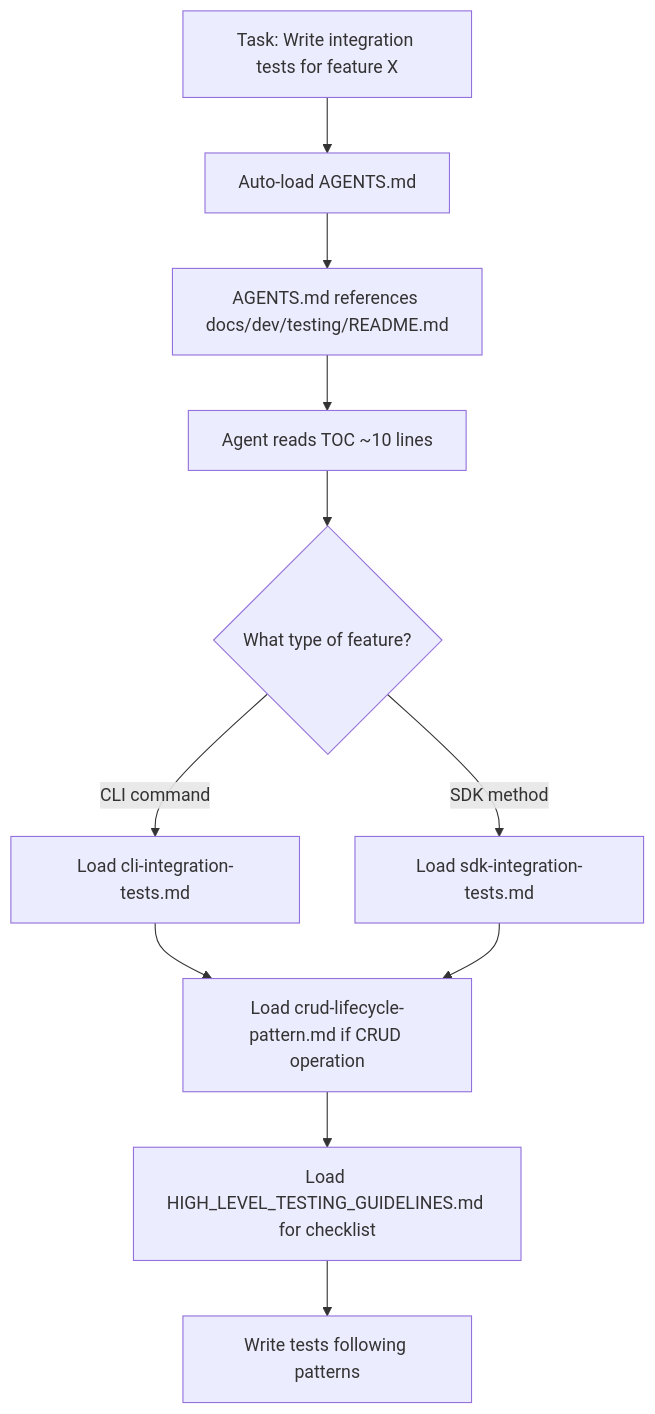
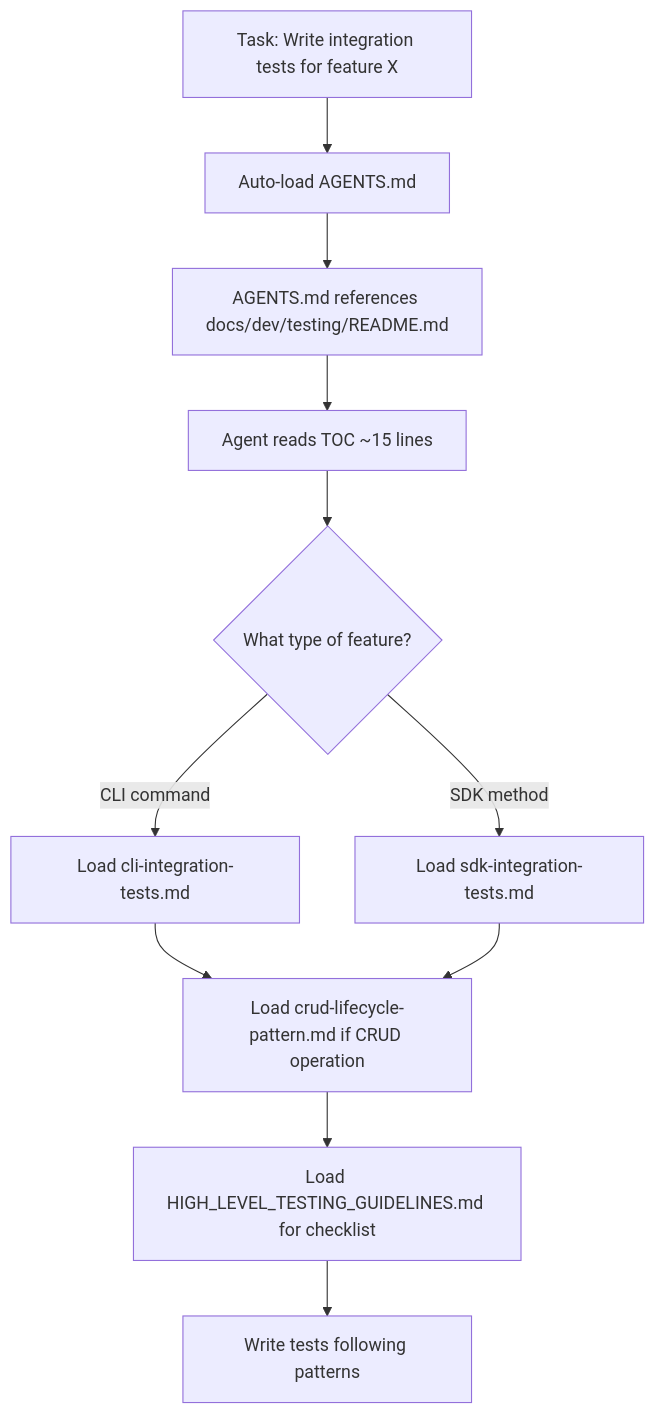
One commit to codekiln/langstar changed the first of 4 diagrams in docs/research/556-testing-dx-design.md. Above: the diagram before and after it, drawn with Mermaid. The commit also changed other lines of this file, not shown here.

````diff
--- a/docs/research/556-testing-dx-design.md
+++ b/docs/research/556-testing-dx-design.md
@@ -192,13 +194,13 @@
 ```mermaid
 graph TD
     A[Task: Write integration tests for feature X] --> B[Auto-load AGENTS.md]
     B --> C[AGENTS.md references docs/dev/testing/README.md]
-    C --> D[Agent reads TOC ~10 lines]
+    C --> D[Agent reads TOC ~15 lines]
     D --> E{What type of feature?}
     E -->|CLI command| F[Load cli-integration-tests.md]
     E -->|SDK method| G[Load sdk-integration-tests.md]
     F --> H[Load crud-lifecycle-pattern.md if CRUD operation]
     G --> H
     H --> I[Load HIGH_LEVEL_TESTING_GUIDELINES.md for checklist]
     I --> J[Write tests following patterns]
 ```
````
